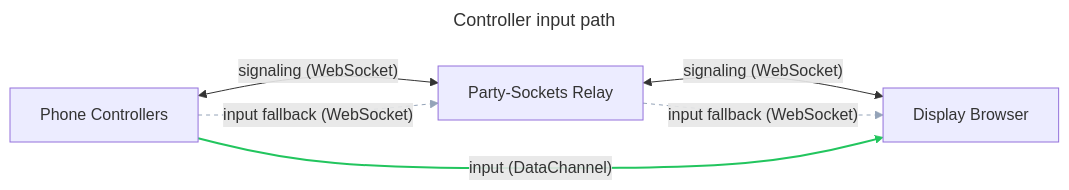
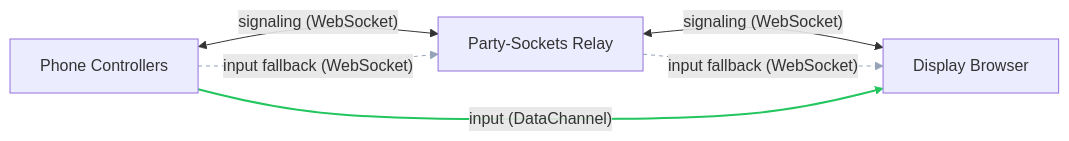
One commit to tim4724/HexStacker-Party changed the second of 2 diagrams in README.md. Above: the diagram before and after it, drawn with Mermaid. The commit also changed other lines of this file, not shown here.

First line of the commit message:
docs(readme): simplify overview, architecture, and features

````diff
--- a/README.md
+++ b/README.md
@@ -26,14 +27,11 @@
 ```mermaid
----
-title: Controller input path
----
 graph LR
     P[Phone Controllers] <-- "signaling (WebSocket)" --> R[Party-Sockets Relay]
     R <-- "signaling (WebSocket)" --> D[Display Browser]
     P -- "input fallback (WebSocket)" --> R
     R -- "input fallback (WebSocket)" --> D
     P -- "input (DataChannel)" --> D
     linkStyle 2 stroke:#94a3b8,stroke-dasharray:4,stroke-width:1px
     linkStyle 3 stroke:#94a3b8,stroke-dasharray:4,stroke-width:1px
     linkStyle 4 stroke:#22c55e,stroke-width:2px
 ```
````
